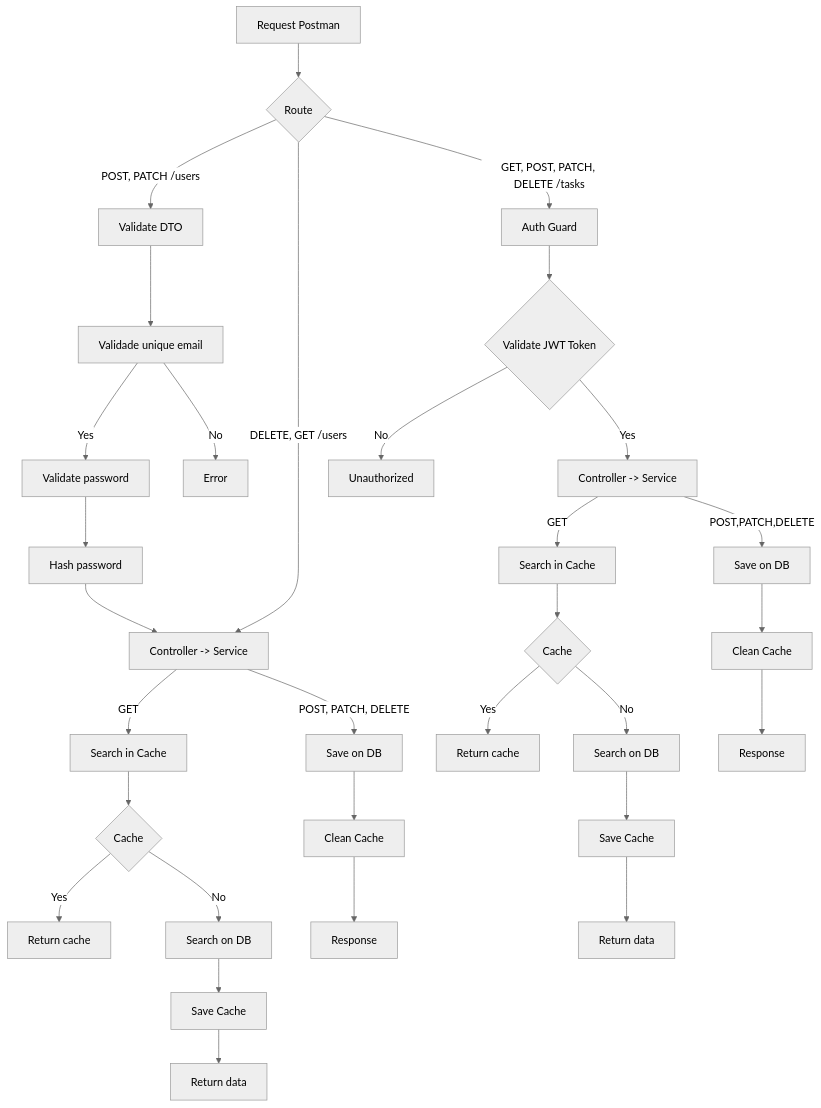
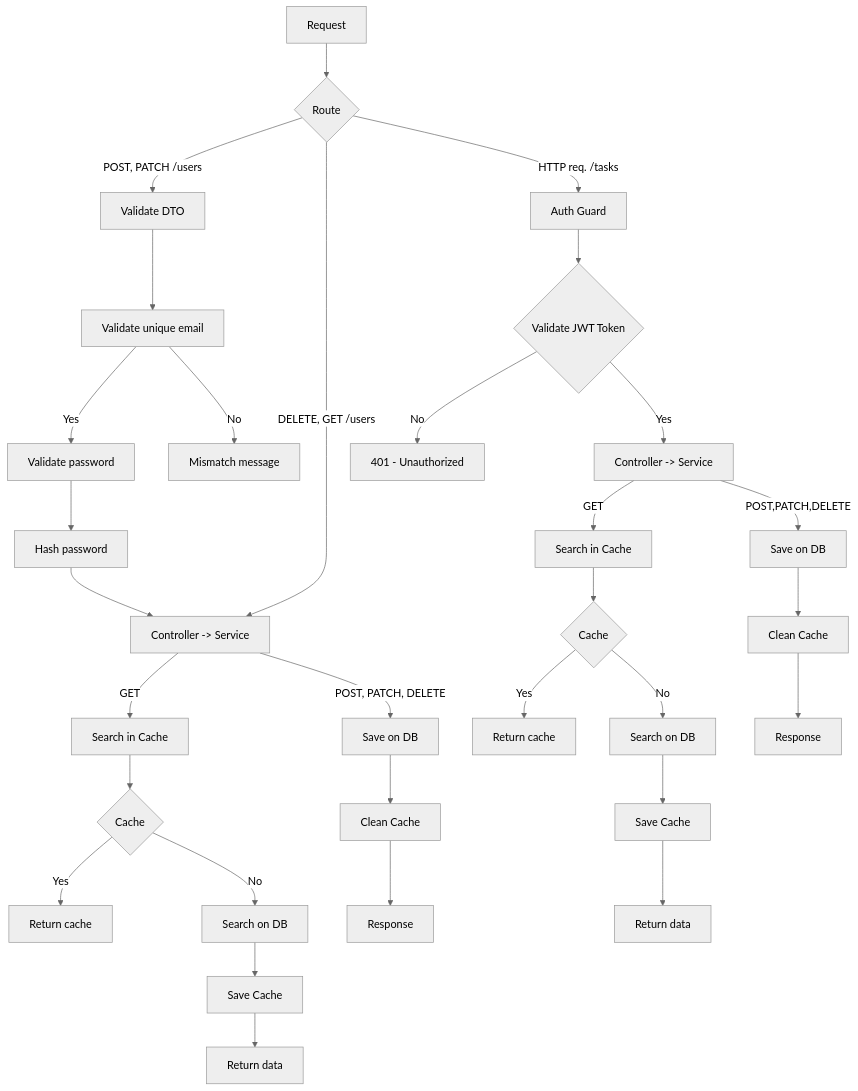
The diagram in README.md (dara-marotto/To-Do-List), drawn with Mermaid (neutral theme) before and after one commit. The commit also changed other lines of this file, not shown here.

````diff
--- a/README.md
+++ b/README.md
@@ -3,43 +55,43 @@
 ```mermaid
 flowchart TD
 
-A[Request Postman] --> B{Route}
+A[Request] --> B{Route}
 
 B -->|POST, PATCH /users| U1[Validate DTO]
 B -->|DELETE, GET /users| U6[Controller -> Service]
 
-U1 --> U2[Validade unique email]
+U1 --> U2[Validate unique email]
 U2 --> |Yes| U3[Validate password]
-U2 --> |No| Error
+U2 --> |No| J1[Mismatch message]
 U3 --> U4[Hash password]
 U4 --> U6
 U6 --> |GET| G2[Search in Cache]
 U6 --> |POST, PATCH, DELETE| U7[Save on DB]
 U7 --> U8[Clean Cache]
 U8 --> R1[Response]
 
-B -->|GET, POST, PATCH, DELETE /tasks| T1[Auth Guard]
+B -->|HTTP req. /tasks| T1[Auth Guard]
 
 T1 --> T2{Validate JWT Token}
-T2 -->|No| E1[Unauthorized]
+T2 -->|No| E1[401 - Unauthorized]
 T2 -->|Yes| T3[Controller -> Service]
 T3 --> |GET| TG4[Search in Cache]
 T3 --> |POST,PATCH,DELETE|T4[Save on DB]
 T4 --> T5[Clean Cache]
 T5 --> R2[Response]
 
 
 G2 --> G3{Cache}
 G3 -->|Yes| G4[Return cache]
 G3 -->|No| G5[Search on DB]
 G5 --> G6[Save Cache]
 G6 --> G7[Return data]
 
 
 
 TG4 --> TG5{Cache}
 TG5 -->|Yes| TG6[Return cache]
 TG5 -->|No| TG7[Search on DB]
 TG7 --> TG8[Save Cache]
 TG8 --> TG9[Return data]
 ```
````
